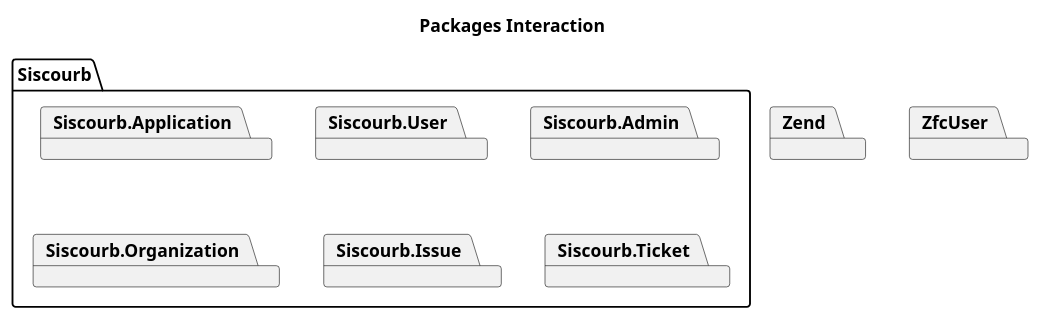
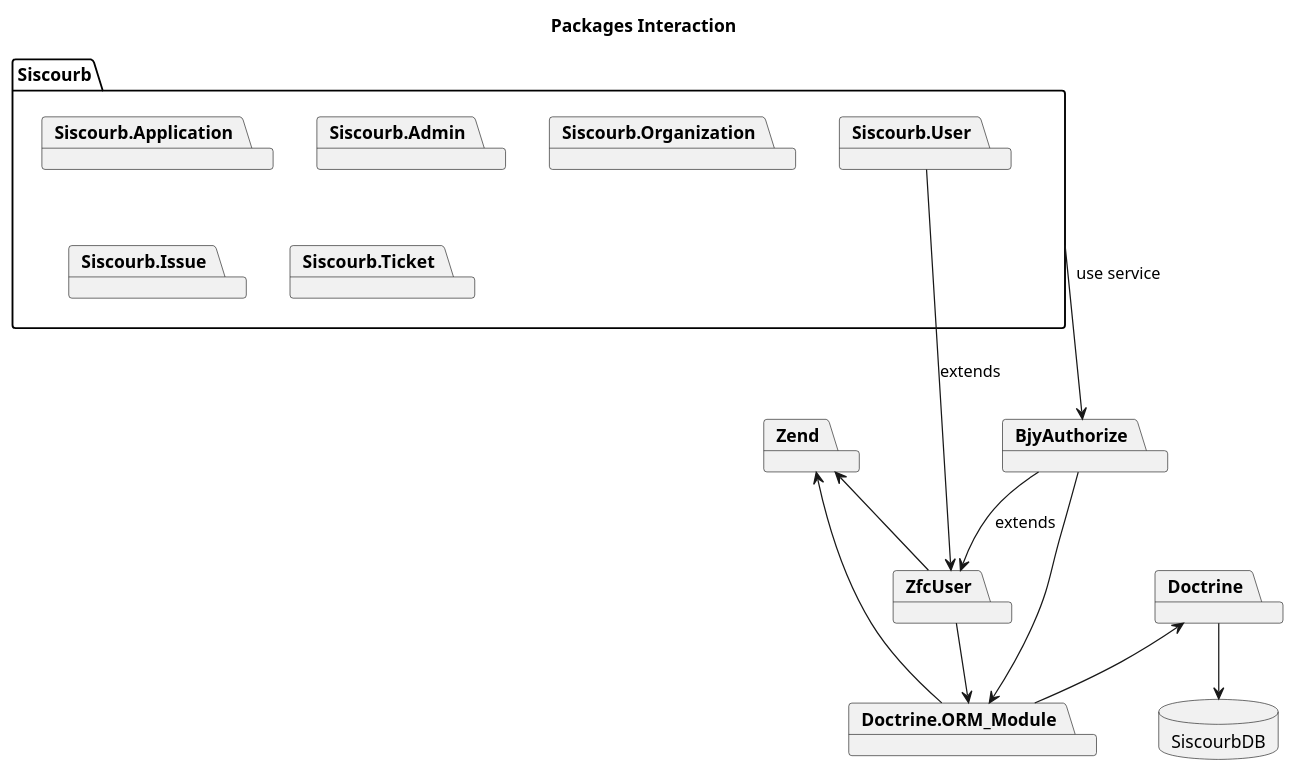
Before and after one commit to mihailov-vf/siscourb: the diagram in docs/UML/siscourb_packages.puml, drawn with PlantUML. The commit also changed 12 other files, not shown here.

```diff
--- a/docs/UML/siscourb_packages.puml
+++ b/docs/UML/siscourb_packages.puml
@@ -1,24 +1,46 @@
 @startuml
 
 title Packages Interaction
 
 
 package Siscourb{
     package Siscourb.Application
 
     package Siscourb.User
 
     package Siscourb.Admin
 
     package Siscourb.Organization
 
     package Siscourb.Issue
 
     package Siscourb.Ticket
 }
 
 package Zend
 
+package Doctrine.ORM_Module
+
+package Doctrine
+
+database "SiscourbDB"
+
+Doctrine --> SiscourbDB
+
+Doctrine <-- Doctrine.ORM_Module
+Doctrine.ORM_Module --> Zend
+
 package ZfcUser
 
+package BjyAuthorize
+
+Zend <-- ZfcUser
+BjyAuthorize --> ZfcUser :extends
+
+ZfcUser --> Doctrine.ORM_Module
+BjyAuthorize --> Doctrine.ORM_Module
+
+Siscourb ---> BjyAuthorize :use service
+Siscourb.User --> ZfcUser :extends
+
 @enduml
```
